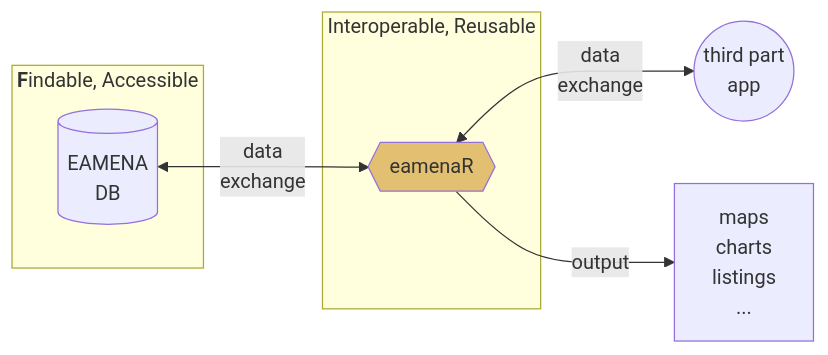
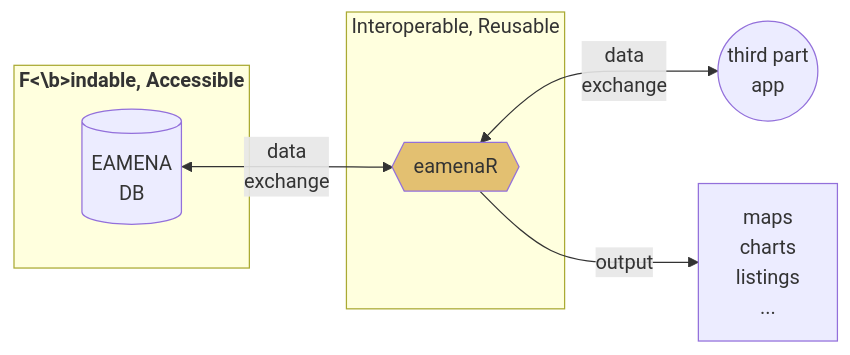
One commit to eamena-project/eamena-arches-dev changed the third of 3 diagrams in temp/test-quarto-mermaids.md. Above: the diagram before and after it, drawn with Mermaid.

````diff
--- a/temp/test-quarto-mermaids.md
+++ b/temp/test-quarto-mermaids.md
@@ -20,13 +20,13 @@
 ```mermaid
 flowchart LR
-    subgraph ide1 [ <b>F</b>indable, Accessible ]
+    subgraph ide1 [ <b>F<\b>indable, Accessible ]
     A[(EAMENA<br>DB)];
     end
     A[(EAMENA<br>DB)] <--data<br>exchange--> B{{"eamenaR"}}:::eamenaRpkg;
     subgraph ide2 [ Interoperable, Reusable ]
     B;
     end
     B <--data<br>exchange--> C((third part<br>app));
     B --"output"--> D[maps<br>charts<br>listings<br>...];
     classDef eamenaRpkg fill:#e3c071;
 ```
````
